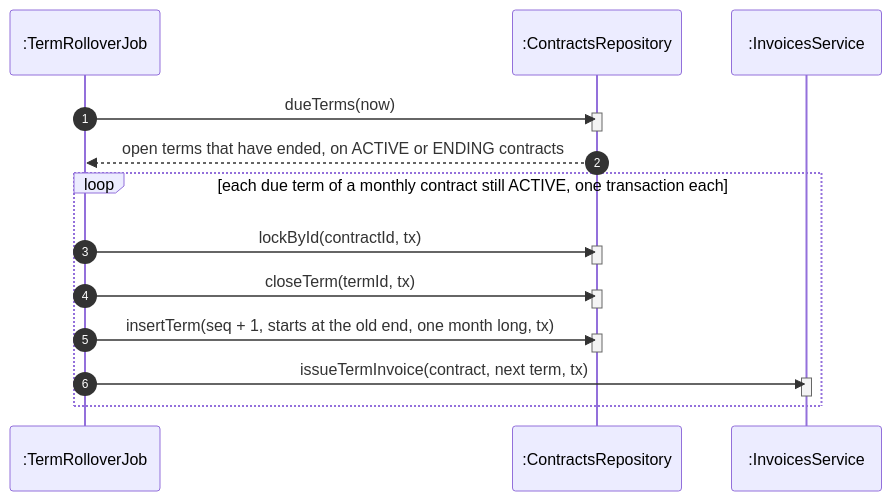
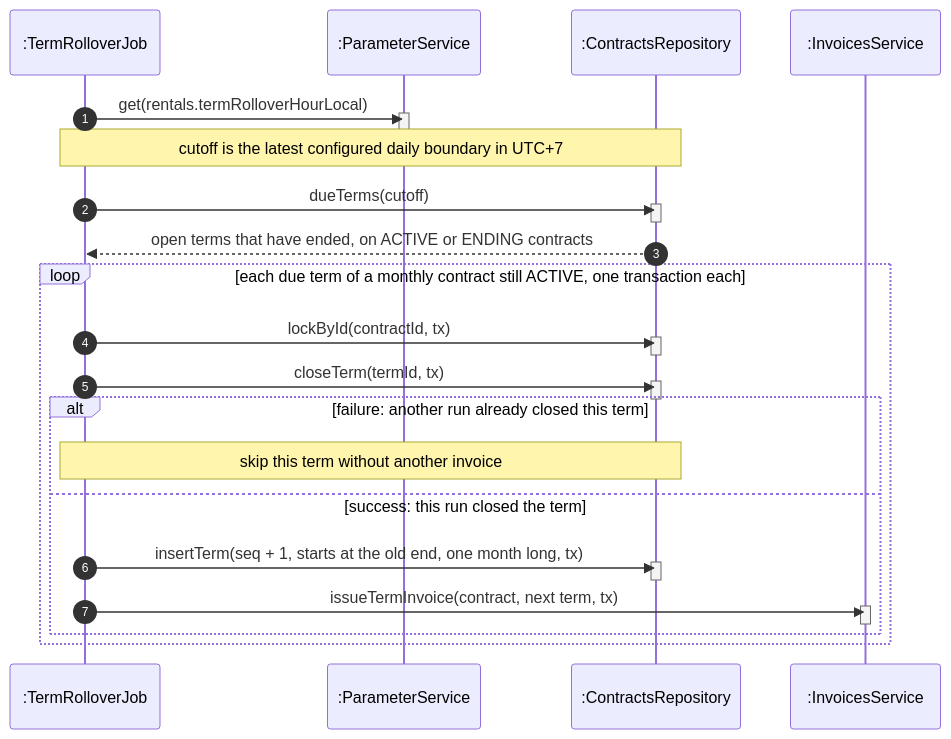
Before and after one commit to TrekLink-Team/treklink-web: diagram 28 of 29 in specs/rentals/design.md, drawn with Mermaid. The commit also changed other lines of this file and 26 other files, not shown here.

First line of the commit message:
feat: contract emails to Staff and the organization, daily cutoff for the rental jobs

````diff
--- a/specs/rentals/design.md
+++ b/specs/rentals/design.md
@@ -1165,25 +1191,34 @@
 ```mermaid
 sequenceDiagram
     autonumber
     participant J as :TermRolloverJob
+    participant Pm as :ParameterService
     participant R as :ContractsRepository
     participant I as :InvoicesService
-    J->>R: dueTerms(now)
+    J->>Pm: get(rentals.termRolloverHourLocal)
+    activate Pm
+    deactivate Pm
+    Note over J,R: cutoff is the latest configured daily boundary in UTC+7
+    J->>R: dueTerms(cutoff)
     activate R
     deactivate R
     R-->>J: open terms that have ended, on ACTIVE or ENDING contracts
     loop each due term of a monthly contract still ACTIVE, one transaction each
         J->>R: lockById(contractId, tx)
         activate R
         deactivate R
         J->>R: closeTerm(termId, tx)
         activate R
         deactivate R
-        J->>R: insertTerm(seq + 1, starts at the old end, one month long, tx)
-        activate R
-        deactivate R
-        J->>I: issueTermInvoice(contract, next term, tx)
-        activate I
-        deactivate I
+        alt failure: another run already closed this term
+            Note over J,R: skip this term without another invoice
+        else success: this run closed the term
+            J->>R: insertTerm(seq + 1, starts at the old end, one month long, tx)
+            activate R
+            deactivate R
+            J->>I: issueTermInvoice(contract, next term, tx)
+            activate I
+            deactivate I
+        end
     end
 ```
````
